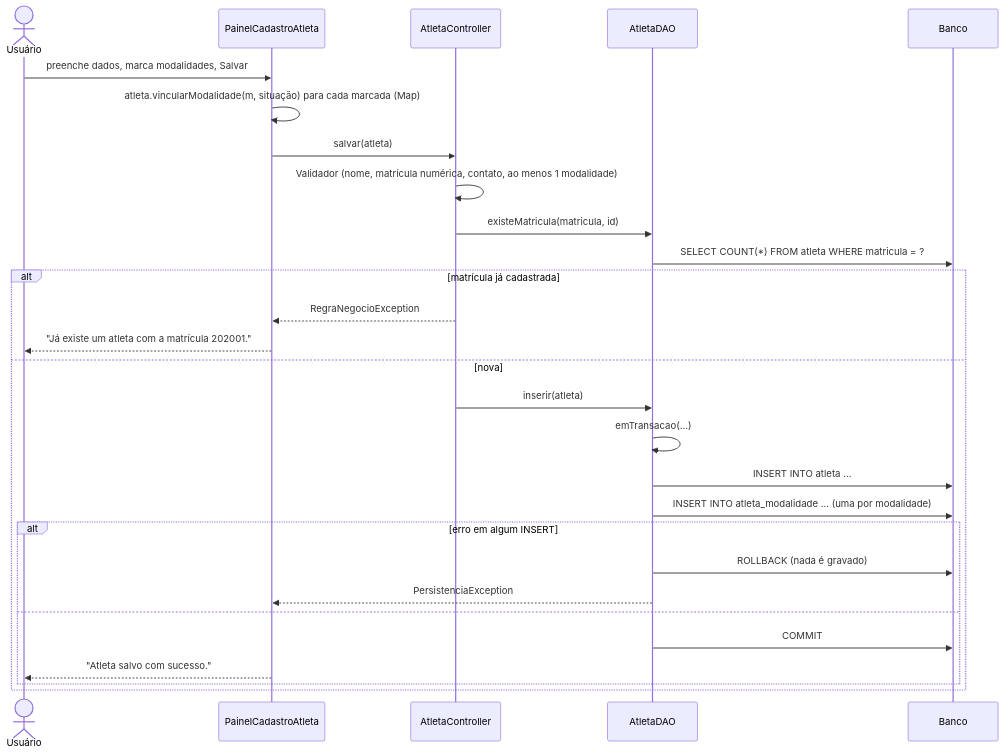
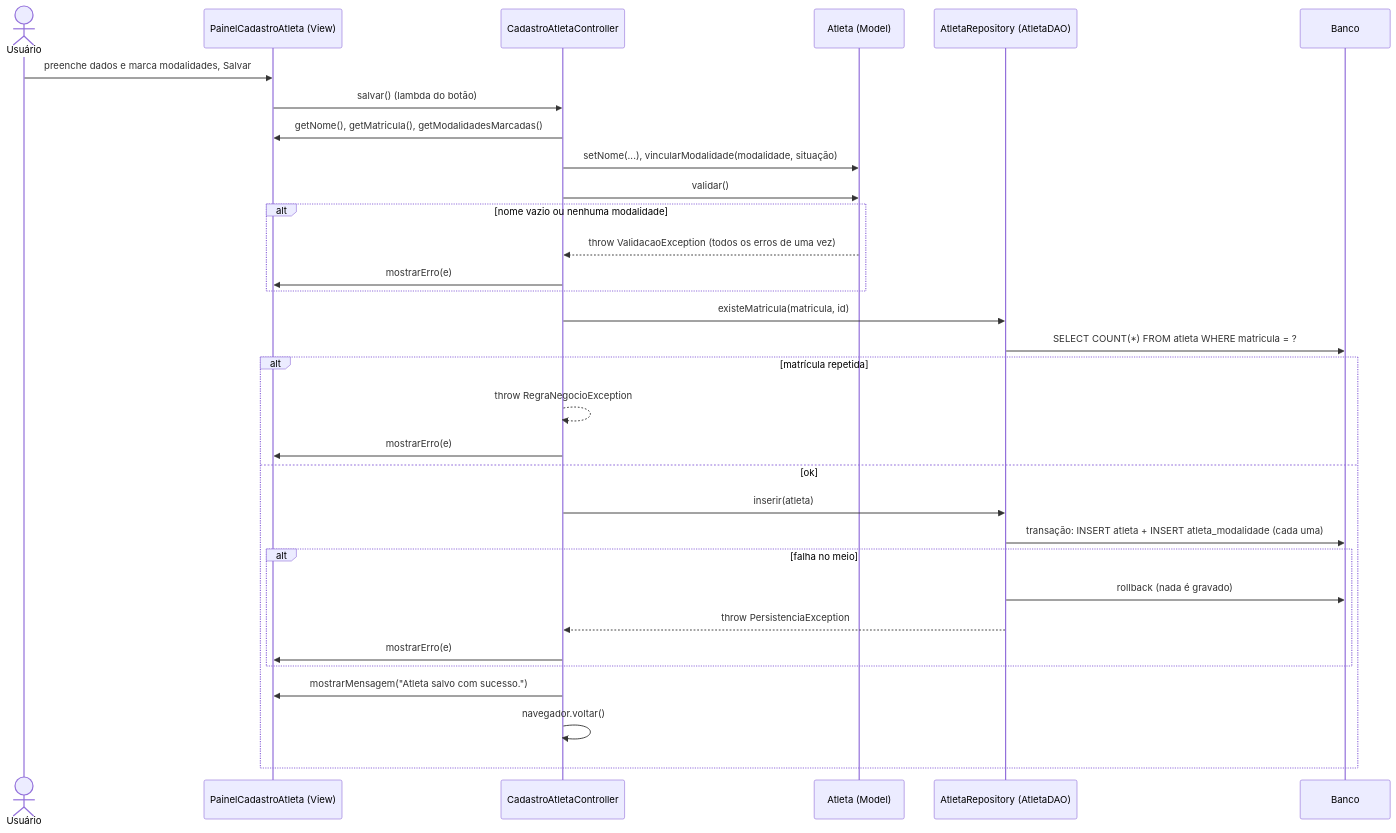
Before and after one commit to mheloisawitt/Athletiza: the sixth of 13 diagrams in docs/diagramas/sequencia.md, drawn with Mermaid. The commit also changed other lines of this file and 196 other files, not shown here.

````diff
--- a/docs/diagramas/sequencia.md
+++ b/docs/diagramas/sequencia.md
@@ -178,31 +207,35 @@
 ```mermaid
 sequenceDiagram
     actor U as Usuário
-    participant V as PainelCadastroAtleta
-    participant C as AtletaController
-    participant D as AtletaDAO
+    participant V as PainelCadastroAtleta (View)
+    participant C as CadastroAtletaController
+    participant M as Atleta (Model)
+    participant R as AtletaRepository (AtletaDAO)
     participant B as Banco
 
-    U->>V: preenche dados, marca modalidades, Salvar
-    V->>V: atleta.vincularModalidade(m, situação) para cada marcada (Map)
-    V->>C: salvar(atleta)
-    C->>C: Validador (nome, matrícula numérica, contato, ao menos 1 modalidade)
-    C->>D: existeMatricula(matricula, id)
-    D->>B: SELECT COUNT(*) FROM atleta WHERE matricula = ?
-    alt matrícula já cadastrada
-        C-->>V: RegraNegocioException
-        V-->>U: "Já existe um atleta com a matrícula 202001."
-    else nova
-        C->>D: inserir(atleta)
-        D->>D: emTransacao(...)
-        D->>B: INSERT INTO atleta ...
-        D->>B: INSERT INTO atleta_modalidade ... (uma por modalidade)
-        alt erro em algum INSERT
-            D->>B: ROLLBACK (nada é gravado)
-            D-->>V: PersistenciaException
-        else
-            D->>B: COMMIT
-            V-->>U: "Atleta salvo com sucesso."
+    U->>V: preenche dados e marca modalidades, Salvar
+    V->>C: salvar() (lambda do botão)
+    C->>V: getNome(), getMatricula(), getModalidadesMarcadas()
+    C->>M: setNome(...), vincularModalidade(modalidade, situação)
+    C->>M: validar()
+    alt nome vazio ou nenhuma modalidade
+        M-->>C: throw ValidacaoException (todos os erros de uma vez)
+        C->>V: mostrarErro(e)
+    end
+    C->>R: existeMatricula(matricula, id)
+    R->>B: SELECT COUNT(*) FROM atleta WHERE matricula = ?
+    alt matrícula repetida
+        C-->>C: throw RegraNegocioException
+        C->>V: mostrarErro(e)
+    else ok
+        C->>R: inserir(atleta)
+        R->>B: transação: INSERT atleta + INSERT atleta_modalidade (cada uma)
+        alt falha no meio
+            R->>B: rollback (nada é gravado)
+            R-->>C: throw PersistenciaException
+            C->>V: mostrarErro(e)
         end
+        C->>V: mostrarMensagem("Atleta salvo com sucesso.")
+        C->>C: navegador.voltar()
     end
 ```
````
